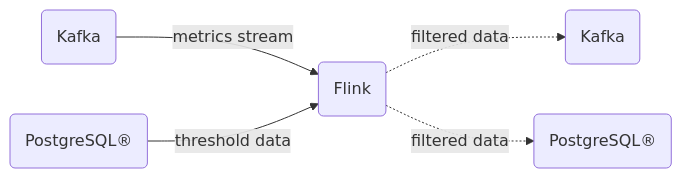
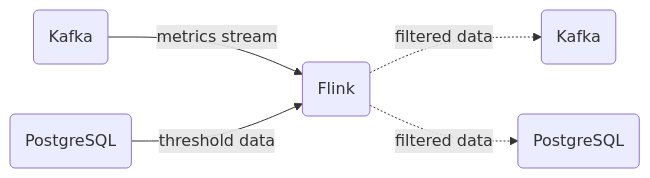
Before and after one commit to aiven/devportal: the first of 5 diagrams in docs/products/flink/howto/real-time-alerting-solution.rst, drawn with Mermaid. The commit also changed other lines of this file and 1 other file, not shown here.

Commit message:
Fixing warnings and mermaid graphs

```diff
--- a/docs/products/flink/howto/real-time-alerting-solution.rst
+++ b/docs/products/flink/howto/real-time-alerting-solution.rst
@@ -11,8 +11,8 @@
 .. mermaid::
 
     graph LR;
 
         id1(Kafka)-- metrics stream -->id3(Flink);
-        id2(PostgreSQL®)-- threshold data -->id3;
+        id2(PostgreSQL)-- threshold data -->id3;
         id3-. filtered data .->id4(Kafka);
-        id3-. filtered data .->id5(PostgreSQL®);
+        id3-. filtered data .->id5(PostgreSQL);
```
